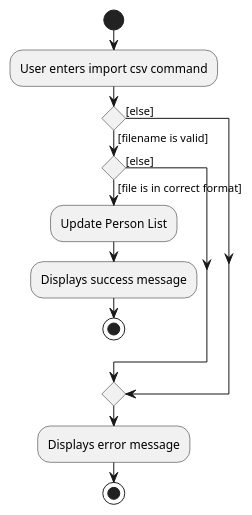
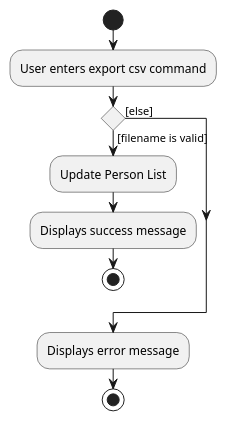
One commit to nus-cs2103-AY2223S2/tp changed the diagram in docs/diagrams/ExportActivityDiagram.puml. Above: the diagram before and after it, drawn with PlantUML. The commit also changed 4 other files, not shown here.

Commit message:
Update sequence diagram

```diff
--- a/docs/diagrams/ExportActivityDiagram.puml
+++ b/docs/diagrams/ExportActivityDiagram.puml
@@ -1,17 +1,14 @@
 @startuml
 
 start
-:User enters import csv command;
+:User enters export csv command;
 if () then ([filename is valid])
-if () then ([file is in correct format])
     :Update Person List;
     :Displays success message;
     stop
-else ([else])
-endif
 else ([else])
 endif
 :Displays error message;
 stop
 
 @enduml
```
